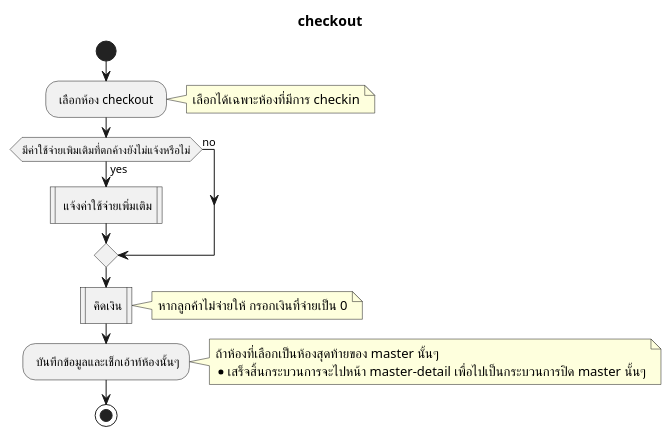
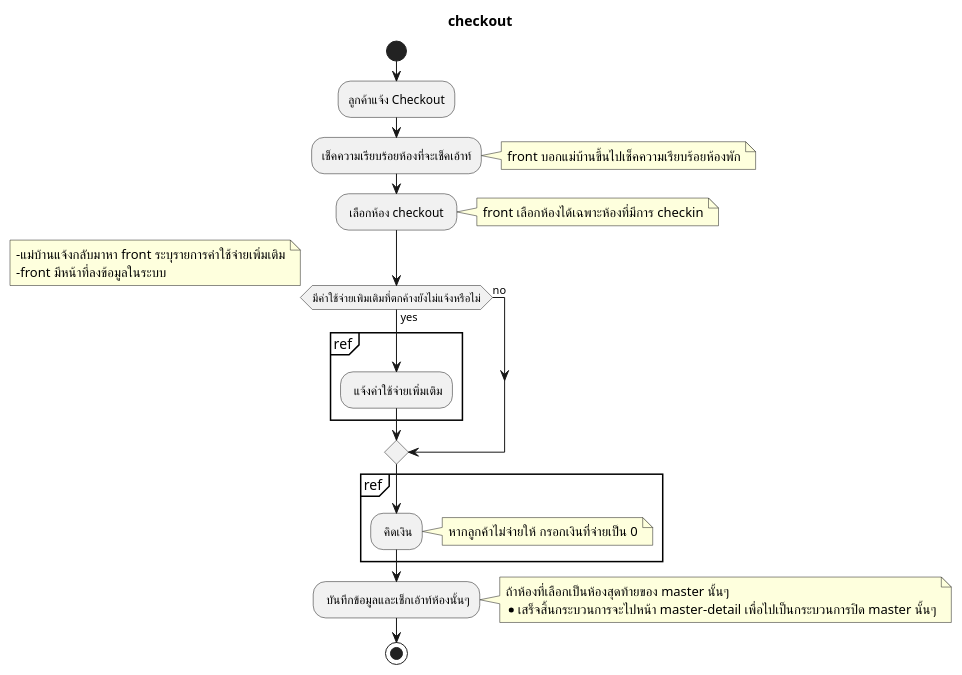
One commit to cheat13/Prompiman_Diagram changed the diagram in activity-diagram/Check-out/checkout.md. Above: the diagram before and after it, drawn with PlantUML. The commit also changed 2 other files, not shown here.

Commit message:
edit checkout diagram

```diff
--- a/activity-diagram/Check-out/checkout.md
+++ b/activity-diagram/Check-out/checkout.md
@@ -1,26 +1,39 @@
 @startuml
 title checkout
 start
+    :ลูกค้าแจ้ง Checkout;
+    :เช็คความเรียบร้อยห้องที่จะเช็คเอ้าท์;
+    note right   
+    front บอกแม่บ้านขึ้นไปเช็คความเรียบร้อยห้องพัก
+    end note 
     : เลือกห้อง checkout ;
     note right   
-    เลือกได้เฉพาะห้องที่มีการ checkin
+    front เลือกห้องได้เฉพาะห้องที่มีการ checkin
     end note  
-  if(มีค่าใช้จ่ายเพิมเติมที่ตกค้างยังไม่แจ้งหรือไม่) then (yes)
-    : แจ้งค่าใช้จ่ายเพิ่มเติม|
+  if(มีค่าใช้จ่ายเพิมเติมที่ตกค้างยังไม่แจ้งหรือไม่)  then (yes)
+note left   
+    -แม่บ้านแจ้งกลับมาหา front ระบุรายการค่าใช้จ่ายเพิ่มเติม
+    -front มีหน้าที่ลงข้อมูลในระบบ
+    end note 
+    partition ref {
+    : แจ้งค่าใช้จ่ายเพิ่มเติม;
+  }
   else(no)
     endif
-    : คิดเงิน| 
+      partition ref {
+    : คิดเงิน;
+  }
     note right
      หากลูกค้าไม่จ่ายให้ กรอกเงินที่จ่ายเป็น 0
     end note  
     : บันทึกข้อมูลและเช็กเอ้าท์ห้องนั้นๆ;
     note right
       ถ้าห้องที่เลือกเป็นห้องสุดท้ายของ master นั้นๆ
       *เสร็จสิ้นกระบวนการจะไปหน้า master-detail เพื่อไปเป็นกระบวนการปิด master นั้นๆ
     end note  
 
  
 stop;
 
 
 @enduml
```
